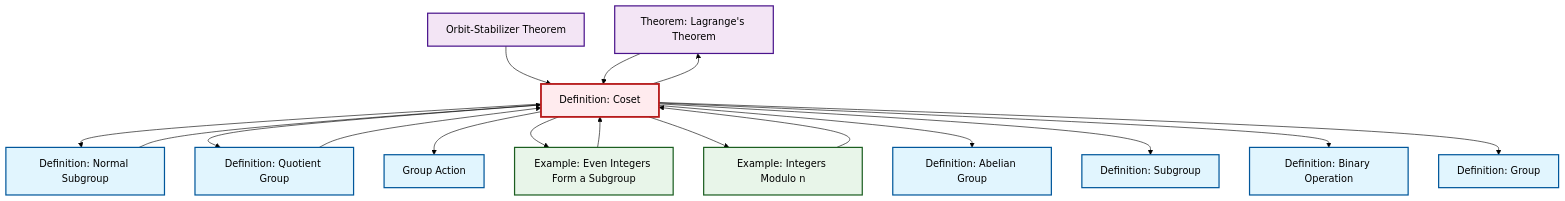
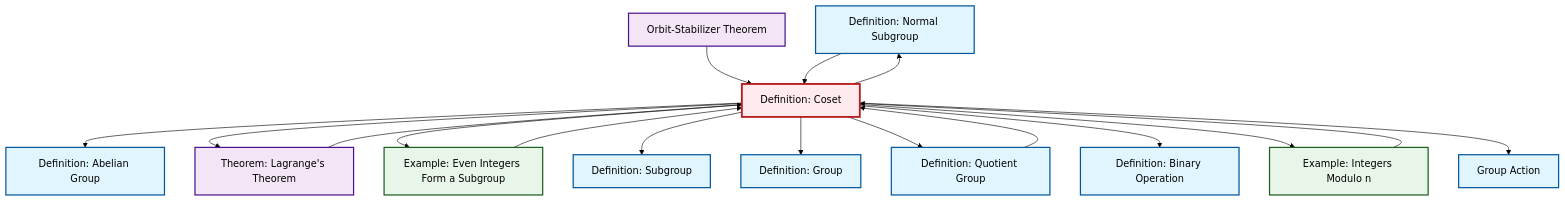
One commit to RK0429/ModernMath changed the diagram in content/en/algebra/def-coset.qmd. Above: the diagram before and after it, drawn with Mermaid (forest theme). The commit also changed other lines of this file and 491 other files, not shown here.

````diff
--- a/content/en/algebra/def-coset.qmd
+++ b/content/en/algebra/def-coset.qmd
@@ -158,49 +158,49 @@
 ```{mermaid}
 %%| fig-cap: "Local dependency graph"
 graph TD
     classDef definition fill:#e1f5fe,stroke:#01579b,stroke-width:2px
     classDef theorem fill:#f3e5f5,stroke:#4a148c,stroke-width:2px
     classDef axiom fill:#fff3e0,stroke:#e65100,stroke-width:2px
     classDef example fill:#e8f5e9,stroke:#1b5e20,stroke-width:2px
     classDef current fill:#ffebee,stroke:#b71c1c,stroke-width:3px
-    def-group-action["Group Action"]:::definition
-    def-group["Definition: Group"]:::definition
-    def-subgroup["Definition: Subgroup"]:::definition
-    thm-lagrange["Theorem: Lagrange's Theorem"]:::theorem
     def-binary-operation["Definition: Binary Operation"]:::definition
     def-abelian-group["Definition: Abelian Group"]:::definition
+    def-normal-subgroup["Definition: Normal Subgroup"]:::definition
     ex-even-integers-subgroup["Example: Even Integers Form a Subgroup"]:::example
+    ex-quotient-integers-mod-n["Example: Integers Modulo n"]:::example
+    def-subgroup["Definition: Subgroup"]:::definition
+    def-coset["Definition: Coset"]:::definition
+    def-group["Definition: Group"]:::definition
     thm-orbit-stabilizer["Orbit-Stabilizer Theorem"]:::theorem
-    ex-quotient-integers-mod-n["Example: Integers Modulo n"]:::example
-    def-coset["Definition: Coset"]:::definition
-    def-normal-subgroup["Definition: Normal Subgroup"]:::definition
+    thm-lagrange["Theorem: Lagrange's Theorem"]:::theorem
+    def-group-action["Group Action"]:::definition
     def-quotient-group["Definition: Quotient Group"]:::definition
-    def-coset --> def-normal-subgroup
+    def-coset --> def-abelian-group
     thm-orbit-stabilizer --> def-coset
+    thm-lagrange --> def-coset
+    def-coset --> thm-lagrange
+    def-coset --> ex-even-integers-subgroup
+    def-coset --> def-subgroup
+    def-coset --> def-group
+    ex-even-integers-subgroup --> def-coset
     def-quotient-group --> def-coset
     def-coset --> def-quotient-group
+    def-normal-subgroup --> def-coset
+    ex-quotient-integers-mod-n --> def-coset
+    def-coset --> def-normal-subgroup
+    def-coset --> def-binary-operation
+    def-coset --> ex-quotient-integers-mod-n
     def-coset --> def-group-action
-    def-coset --> ex-even-integers-subgroup
-    def-coset --> ex-quotient-integers-mod-n
-    def-coset --> def-abelian-group
-    ex-even-integers-subgroup --> def-coset
-    def-coset --> thm-lagrange
-    def-coset --> def-subgroup
-    ex-quotient-integers-mod-n --> def-coset
-    thm-lagrange --> def-coset
-    def-coset --> def-binary-operation
-    def-coset --> def-group
-    def-normal-subgroup --> def-coset
     class def-coset current
-    click def-group-action "def-group-action.html" "Go to Group Action"
-    click def-group "def-group.html" "Go to Group definition"
-    click def-subgroup "def-subgroup.html" "Go to Subgroup definition"
-    click thm-lagrange "thm-lagrange.html" "Go to Lagrange's Theorem theorem"
     click def-binary-operation "def-binary-operation.html" "Go to Binary Operation definition"
     click def-abelian-group "def-abelian-group.html" "Go to Abelian Group definition"
+    click def-normal-subgroup "def-normal-subgroup.html" "Go to Normal Subgroup definition"
     click ex-even-integers-subgroup "ex-even-integers-subgroup.html" "Go to Even Integers Form a Subgroup example"
+    click ex-quotient-integers-mod-n "ex-quotient-integers-mod-n.html" "Go to Integers Modulo n example"
+    click def-subgroup "def-subgroup.html" "Go to Subgroup definition"
+    click def-group "def-group.html" "Go to Group definition"
     click thm-orbit-stabilizer "thm-orbit-stabilizer.html" "Go to Orbit-Stabilizer Theorem"
-    click ex-quotient-integers-mod-n "ex-quotient-integers-mod-n.html" "Go to Integers Modulo n example"
-    click def-normal-subgroup "def-normal-subgroup.html" "Go to Normal Subgroup definition"
+    click thm-lagrange "thm-lagrange.html" "Go to Lagrange's Theorem theorem"
+    click def-group-action "def-group-action.html" "Go to Group Action"
     click def-quotient-group "def-quotient-group.html" "Go to Quotient Group definition"
 ```
````
